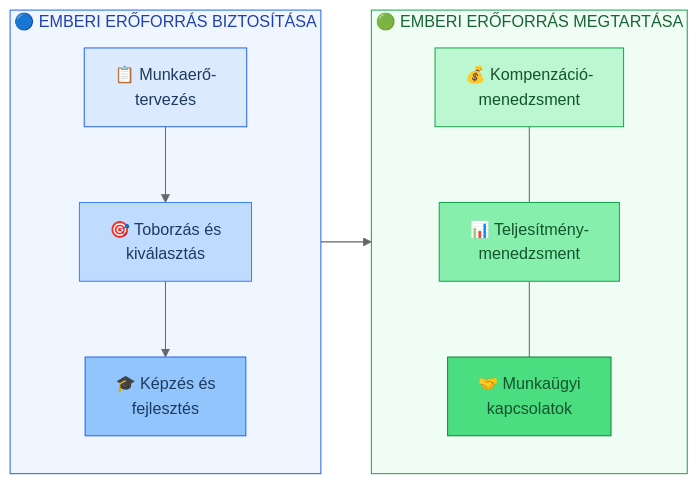
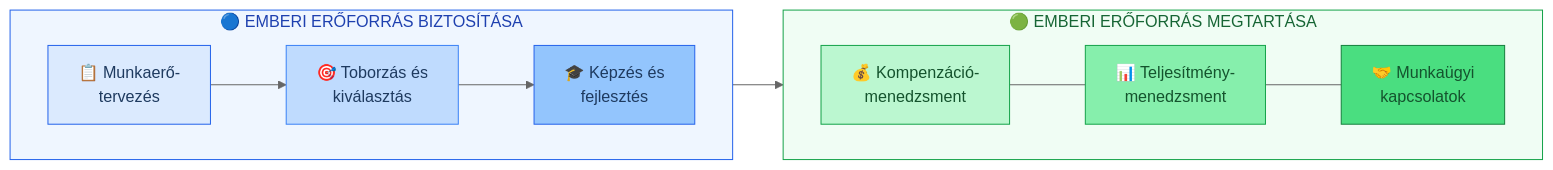
The diagram in Tételek/K08-GMXHR1MBLF-HRM fogalma, céljai, fő funkciói, HR stratégia.tétel.md (denespocsik/MM_BSC_Zarovizsga), drawn with Mermaid (neutral theme) before and after one commit. The commit also changed other lines of this file and 5 other files, not shown here.

````diff
--- a/Tételek/K08-GMXHR1MBLF-HRM fogalma, céljai, fő funkciói, HR stratégia.tétel.md
+++ b/Tételek/K08-GMXHR1MBLF-HRM fogalma, céljai, fő funkciói, HR stratégia.tétel.md
@@ -15,21 +17,21 @@
 ```mermaid
 flowchart LR
     subgraph B1["🔵 EMBERI ERŐFORRÁS BIZTOSÍTÁSA"]
-        direction TD
+        direction LR
         A1["📋 Munkaerő-\ntervezés"] --> A2["🎯 Toborzás és\nkiválasztás"] --> A3["🎓 Képzés és\nfejlesztés"]
     end
     subgraph B2["🟢 EMBERI ERŐFORRÁS MEGTARTÁSA"]
-        direction TD
+        direction LR
         A4["💰 Kompenzáció-\nmenedzsment"] --- A5["📊 Teljesítmény-\nmenedzsment"] --- A6["🤝 Munkaügyi\nkapcsolatok"]
     end
     B1 --> B2
 
     style A1 fill:#dbeafe,stroke:#2563eb,color:#1e3a5f
     style A2 fill:#bfdbfe,stroke:#3b82f6,color:#1e3a5f
     style A3 fill:#93c5fd,stroke:#2563eb,color:#1e3a5f
     style A4 fill:#bbf7d0,stroke:#16a34a,color:#14532d
     style A5 fill:#86efac,stroke:#16a34a,color:#14532d
     style A6 fill:#4ade80,stroke:#15803d,color:#14532d
     style B1 fill:#eff6ff,stroke:#2563eb,color:#1e40af
     style B2 fill:#f0fdf4,stroke:#16a34a,color:#166534
 ```
````
